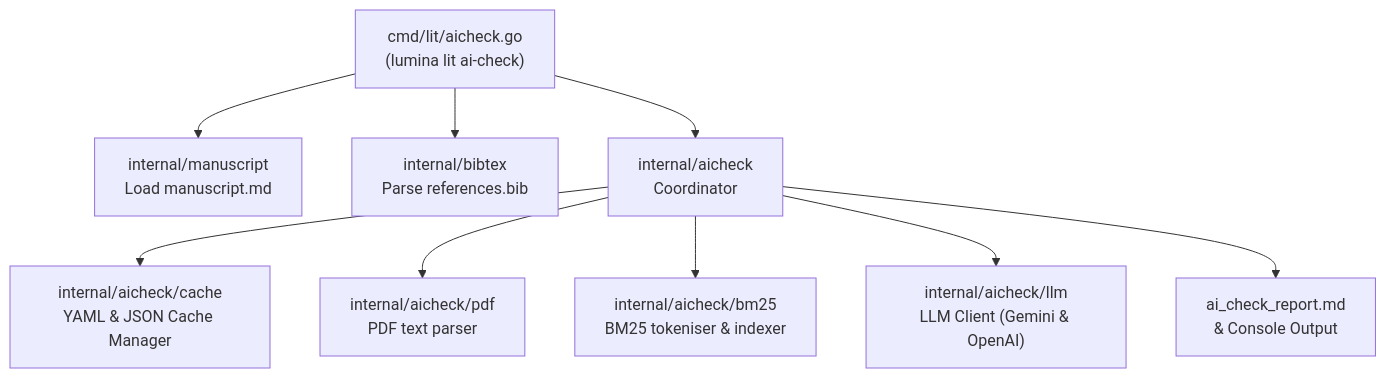
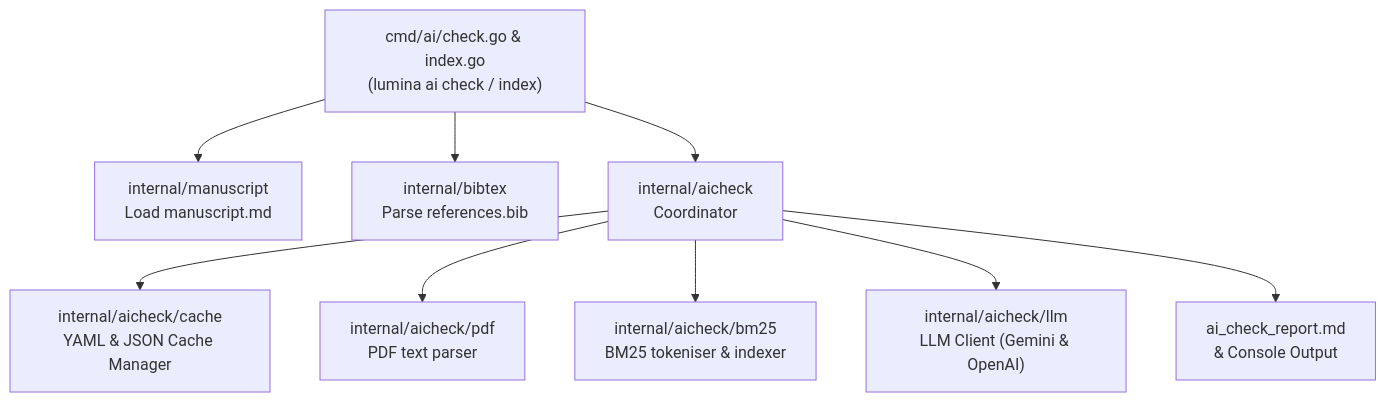
Before and after one commit to digitalentity/lumina: the diagram in spec/002_ai_cross_check/spec.md, drawn with Mermaid. The commit also changed other lines of this file and 7 other files, not shown here.

````diff
--- a/spec/002_ai_cross_check/spec.md
+++ b/spec/002_ai_cross_check/spec.md
@@ -80,24 +82,24 @@
 ```mermaid
 graph TD
-    CLI["cmd/lit/aicheck.go\n(lumina lit ai-check)"]
+    CLI["cmd/ai/check.go & index.go\n(lumina ai check / index)"]
     MS["internal/manuscript\nLoad manuscript.md"]
     BIB["internal/bibtex\nParse references.bib"]
     
     AC["internal/aicheck\nCoordinator"]
     BM25["internal/aicheck/bm25\nBM25 tokeniser & indexer"]
     PDF["internal/aicheck/pdf\nPDF text parser"]
     CACHE["internal/aicheck/cache\nYAML & JSON Cache Manager"]
     LLM["internal/aicheck/llm\nLLM Client (Gemini & OpenAI)"]
     
     REPORT["ai_check_report.md\n& Console Output"]
 
     CLI --> MS
     CLI --> BIB
     CLI --> AC
     
     AC --> CACHE
     AC --> PDF
     AC --> BM25
     AC --> LLM
     AC --> REPORT
 ```
````
